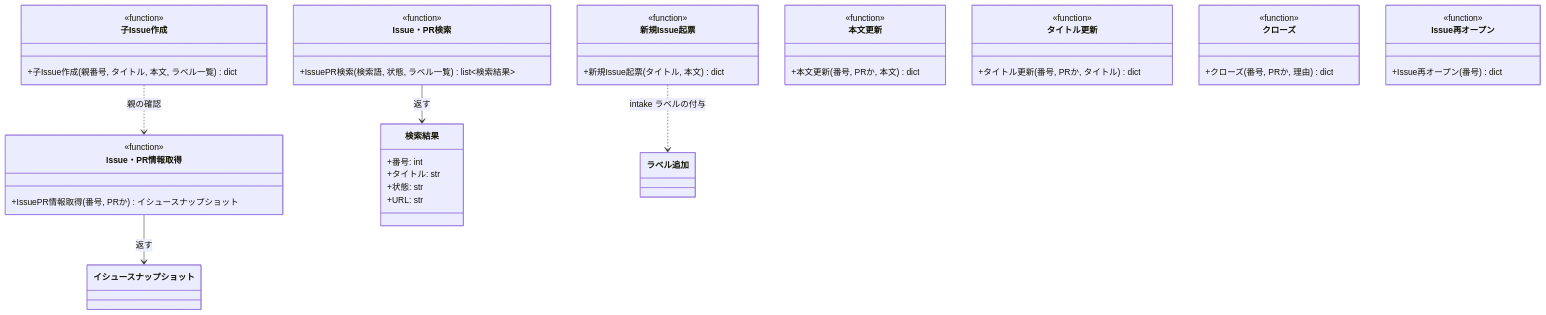
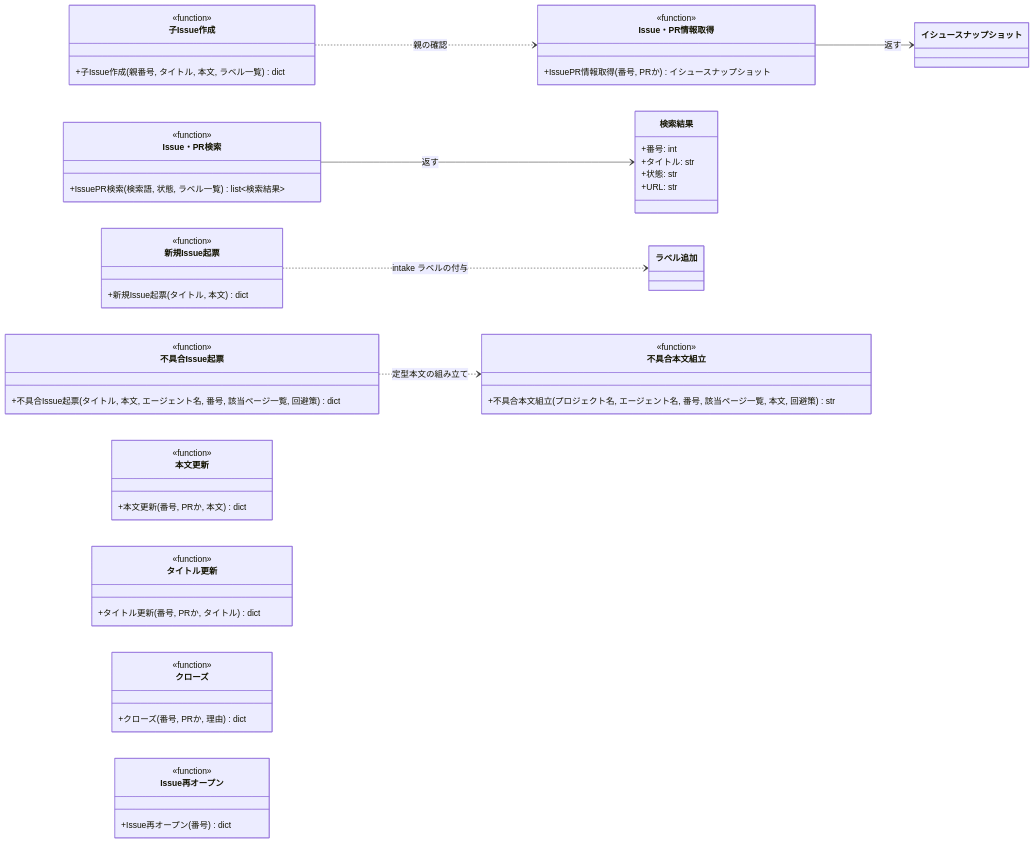
The tenth of 12 diagrams in docs/wiki/設計図/モジュール構成/MCP/GitHub操作.py.md (shuhei1101/ai-monitor), drawn with Mermaid before and after one commit. The commit also changed other lines of this file and 52 other files, not shown here.

````diff
--- a/docs/wiki/設計図/モジュール構成/MCP/GitHub操作.py.md
+++ b/docs/wiki/設計図/モジュール構成/MCP/GitHub操作.py.md
@@ -528,63 +530,74 @@
 ```mermaid
 classDiagram
-  direction TD
+  direction LR
   IssuePR情報取得 --> イシュースナップショット : 返す
   IssuePR検索 --> 検索結果 : 返す
   子Issue作成 ..> IssuePR情報取得 : 親の確認
   新規Issue起票 ..> ラベル追加 : intake ラベルの付与
+  不具合Issue起票 ..> 不具合本文組立 : 定型本文の組み立て
 
   class IssuePR情報取得["Issue・PR情報取得"] {
     <<function>>
     +IssuePR情報取得(番号, PRか) イシュースナップショット
   }
   class IssuePR検索["Issue・PR検索"] {
     <<function>>
     +IssuePR検索(検索語, 状態, ラベル一覧) list~検索結果~
   }
   class 本文更新 {
     <<function>>
     +本文更新(番号, PRか, 本文) dict
   }
   class タイトル更新 {
     <<function>>
     +タイトル更新(番号, PRか, タイトル) dict
   }
   class クローズ {
     <<function>>
     +クローズ(番号, PRか, 理由) dict
   }
   class Issue再オープン {
     <<function>>
     +Issue再オープン(番号) dict
   }
   class 子Issue作成 {
     <<function>>
     +子Issue作成(親番号, タイトル, 本文, ラベル一覧) dict
   }
   class 新規Issue起票 {
     <<function>>
     +新規Issue起票(タイトル, 本文) dict
   }
+  class 不具合Issue起票 {
+    <<function>>
+    +不具合Issue起票(タイトル, 本文, エージェント名, 番号, 該当ページ一覧, 回避策) dict
+  }
+  class 不具合本文組立 {
+    <<function>>
+    +不具合本文組立(プロジェクト名, エージェント名, 番号, 該当ページ一覧, 本文, 回避策) str
+  }
   class 検索結果 {
     +番号: int
     +タイトル: str
     +状態: str
     +URL: str
   }
   class イシュースナップショット {
   }
   class ラベル追加 {
   }
 
   click IssuePR情報取得 href "#issuepr情報取得"
   click IssuePR検索 href "#issuepr検索"
   click 本文更新 href "#本文更新"
   click タイトル更新 href "#タイトル更新"
   click クローズ href "#クローズ"
   click Issue再オープン href "#issue再オープン"
   click 子Issue作成 href "#子issue作成"
   click 新規Issue起票 href "#新規issue起票"
+  click 不具合Issue起票 href "#不具合issue起票"
+  click 不具合本文組立 href "#不具合本文組立"
   click 検索結果 href "#検索結果"
   click イシュースナップショット href "#イシュースナップショット"
   click ラベル追加 href "#ラベル追加"
 ```
````
